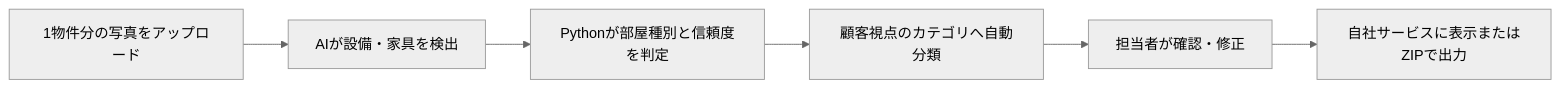
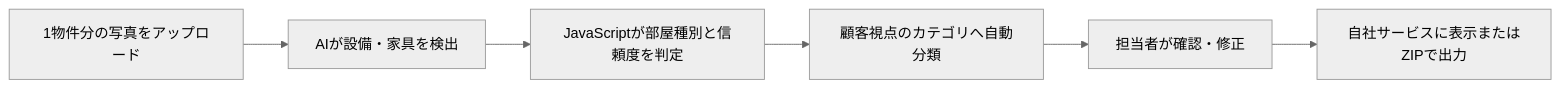
One commit to kiwamu961/20260827 changed the diagram in pj-docs/01_proposal/proposal.md. Above: the diagram before and after it, drawn with Mermaid (neutral theme). The commit also changed other lines of this file and 1 other file, not shown here.

````diff
--- a/pj-docs/01_proposal/proposal.md
+++ b/pj-docs/01_proposal/proposal.md
@@ -48,8 +48,8 @@
 ```mermaid
 flowchart LR
     A[1物件分の写真をアップロード] --> B[AIが設備・家具を検出]
-    B --> C[Pythonが部屋種別と信頼度を判定]
+    B --> C[JavaScriptが部屋種別と信頼度を判定]
     C --> D[顧客視点のカテゴリへ自動分類]
     D --> E[担当者が確認・修正]
     E --> F[自社サービスに表示またはZIPで出力]
 ```
````
